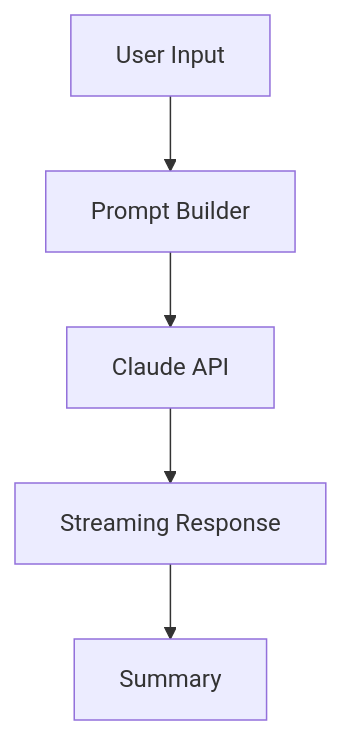
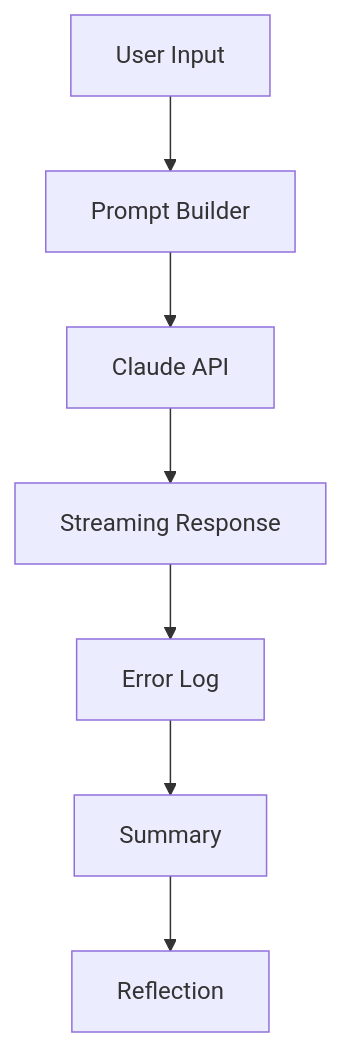
Before and after one commit to mize1978/errorlog-ai: the diagram in README.md, drawn with Mermaid. The commit also changed other lines of this file, not shown here.

First line of the commit message:
Refine README: drop duplicate hero, extend architecture, grow roadmap

````diff
--- a/README.md
+++ b/README.md
@@ -111,7 +111,9 @@
 ```mermaid
 flowchart TD
     A[User Input] --> B[Prompt Builder]
     B --> C[Claude API]
     C --> D[Streaming Response]
-    D --> E[Summary]
+    D --> E[Error Log]
+    E --> F[Summary]
+    F --> G[Reflection]
 ```
````
